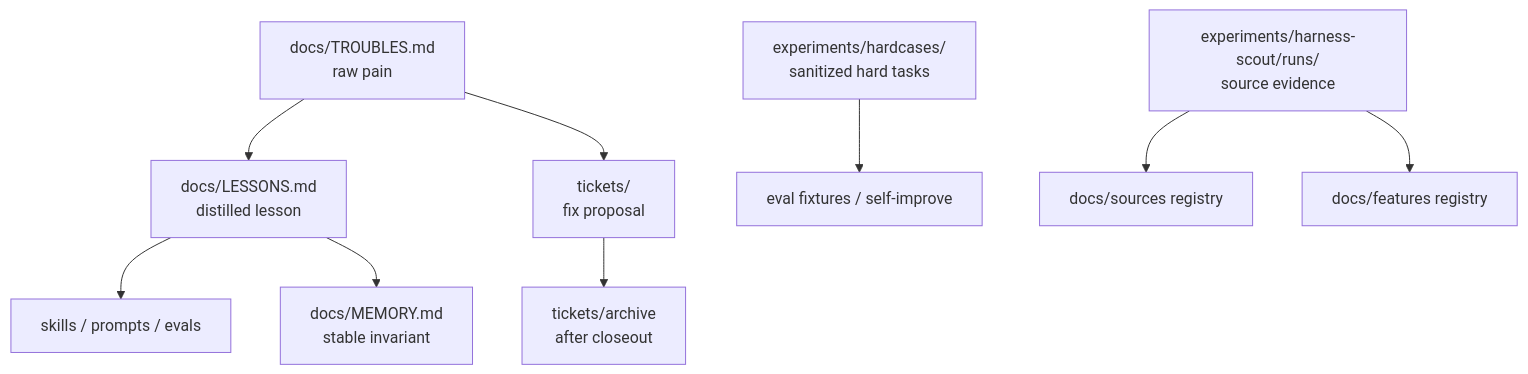
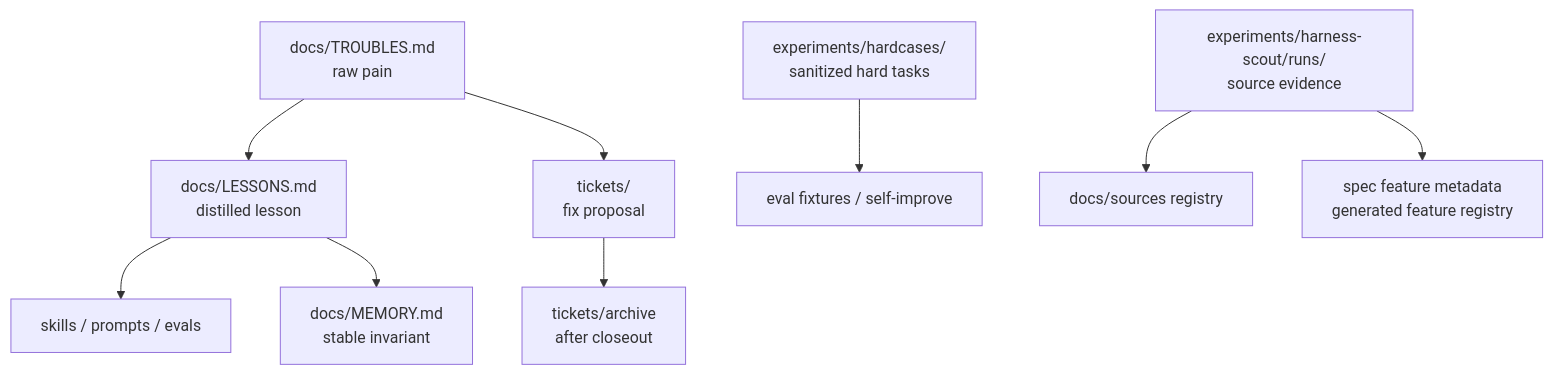
One commit to ZanarkandTechnologies/Farplane changed the diagram in docs/specs/filesystem-lifecycle.md. Above: the diagram before and after it, drawn with Mermaid. The commit also changed other lines of this file and 65 other files, not shown here.

Commit message:
Revamp docs feature registry lifecycle

````diff
--- a/docs/specs/filesystem-lifecycle.md
+++ b/docs/specs/filesystem-lifecycle.md
@@ -147,11 +150,11 @@
 ```mermaid
 flowchart TD
     T["docs/TROUBLES.md<br/>raw pain"] --> L["docs/LESSONS.md<br/>distilled lesson"]
     T --> TK["tickets/<br/>fix proposal"]
     L --> S["skills / prompts / evals"]
     L --> M["docs/MEMORY.md<br/>stable invariant"]
     HC["experiments/hardcases/<br/>sanitized hard tasks"] --> E["eval fixtures / self-improve"]
     HS["experiments/harness-scout/runs/<br/>source evidence"] --> SR["docs/sources registry"]
-    HS --> FR["docs/features registry"]
+    HS --> FR["spec feature metadata<br/>generated feature registry"]
     TK --> A["tickets/archive<br/>after closeout"]
 ```
````
